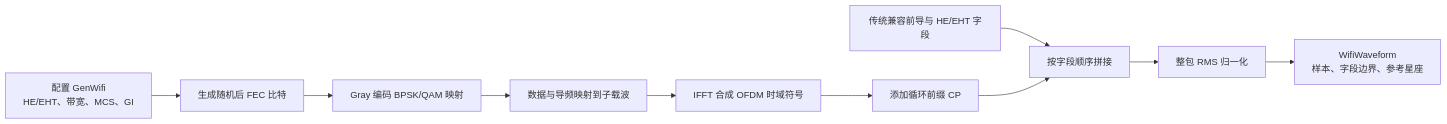
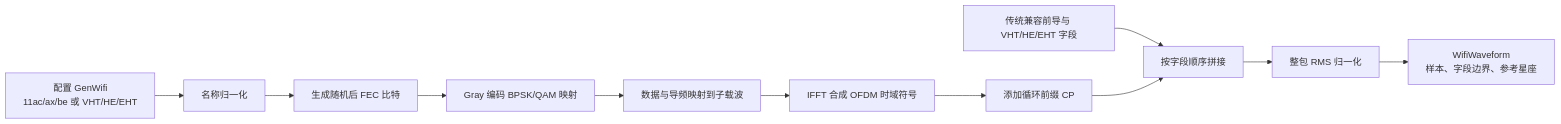
One commit to niyilu45/DPD_ILC changed the first of 4 diagrams in doc/WaveGen.md. Above: the diagram before and after it, drawn with Mermaid. The commit also changed other lines of this file and 13 other files, not shown here.

Commit message:
Expand VHT HE EHT DPD-ILC simulation

````diff
--- a/doc/WaveGen.md
+++ b/doc/WaveGen.md
@@ -29,12 +29,13 @@
 ```mermaid
 flowchart LR
-    A["配置 GenWifi<br/>HE/EHT、带宽、MCS、GI"] --> B["生成随机后 FEC 比特"]
+    A["配置 GenWifi<br/>11ac/ax/be 或 VHT/HE/EHT"] --> A1["名称归一化"]
+    A1 --> B["生成随机后 FEC 比特"]
     B --> C["Gray 编码 BPSK/QAM 映射"]
     C --> D["数据与导频映射到子载波"]
     D --> E["IFFT 合成 OFDM 时域符号"]
     E --> F["添加循环前缀 CP"]
-    G["传统兼容前导与 HE/EHT 字段"] --> H["按字段顺序拼接"]
+    G["传统兼容前导与 VHT/HE/EHT 字段"] --> H["按字段顺序拼接"]
     F --> H
     H --> I["整包 RMS 归一化"]
     I --> J["WifiWaveform<br/>样本、字段边界、参考星座"]
 ```
````
